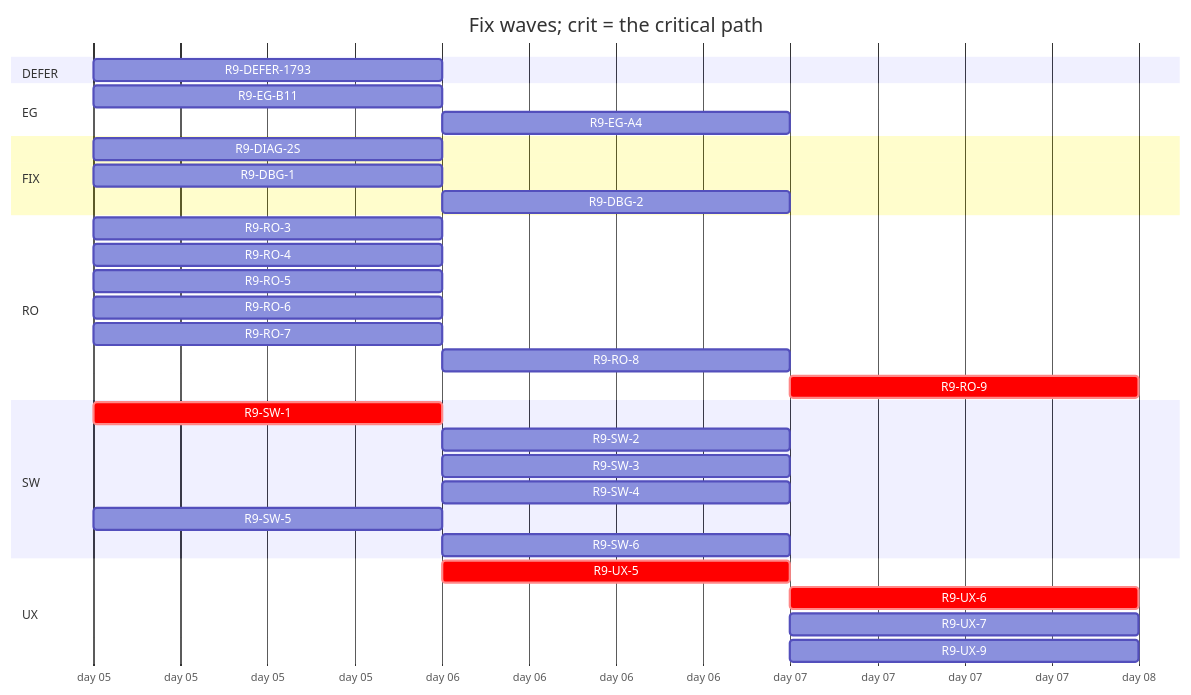
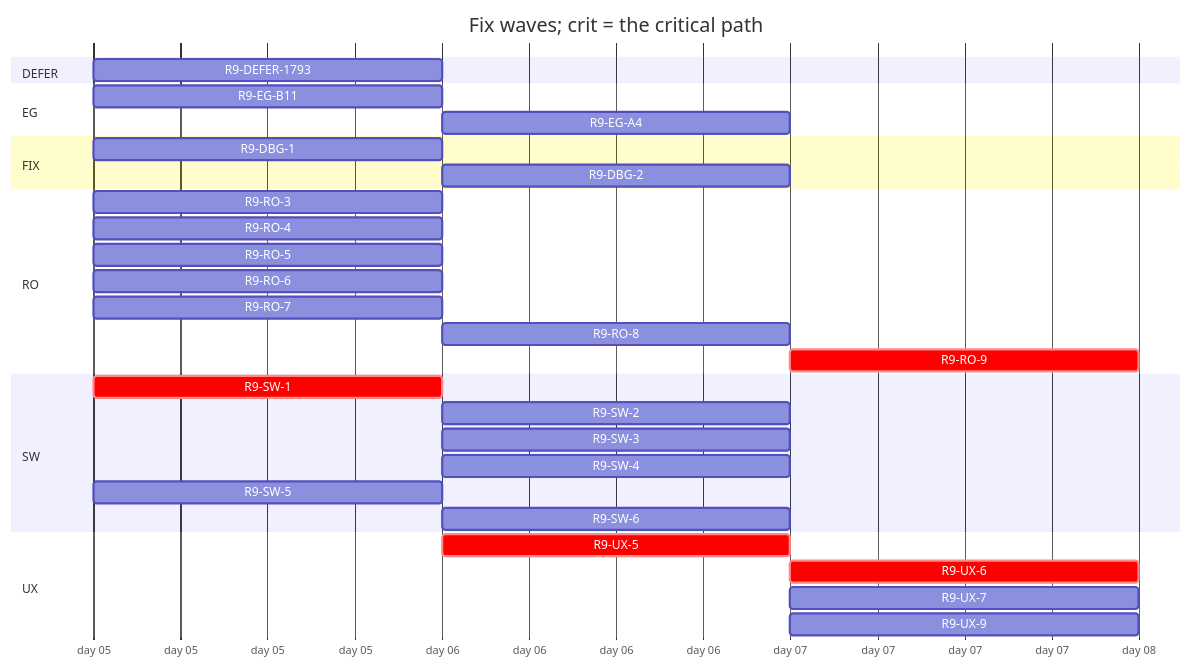
One commit to tvofi/heatpump_optimizer changed the diagram in handoff/round9/state/PLAN-TABLE.md. Above: the diagram before and after it, drawn with Mermaid. The commit also changed other lines of this file and 2 other files, not shown here.

````diff
--- a/handoff/round9/state/PLAN-TABLE.md
+++ b/handoff/round9/state/PLAN-TABLE.md
@@ -19,35 +19,34 @@
 ```mermaid
 gantt
   title Fix waves; crit = the critical path
   dateFormat YYYY-MM-DD
   axisFormat day %d
   section DEFER
     R9-DEFER-1793 :r9DEFER1793, 2026-01-05, 1d
   section EG
     R9-EG-B11 :r9EGB11, 2026-01-05, 1d
     R9-EG-A4 :r9EGA4, after r9EGB11, 1d
   section FIX
-    R9-DIAG-2S :r9DIAG2S, 2026-01-05, 1d
     R9-DBG-1 :r9DBG1, 2026-01-05, 1d
     R9-DBG-2 :r9DBG2, after r9DBG1, 1d
   section RO
     R9-RO-3 :r9RO3, 2026-01-05, 1d
     R9-RO-4 :r9RO4, 2026-01-05, 1d
     R9-RO-5 :r9RO5, 2026-01-05, 1d
     R9-RO-6 :r9RO6, 2026-01-05, 1d
     R9-RO-7 :r9RO7, 2026-01-05, 1d
     R9-RO-8 :r9RO8, after r9RO7, 1d
     R9-RO-9 :crit, r9RO9, after r9RO3 r9RO4 r9RO5 r9RO6 r9RO8 r9EGA4 r9SW4 r9UX5 r9UX6 r9UX7, 1d
   section SW
     R9-SW-1 :crit, r9SW1, 2026-01-05, 1d
     R9-SW-2 :r9SW2, after r9SW1, 1d
     R9-SW-3 :r9SW3, after r9SW1, 1d
     R9-SW-4 :r9SW4, after r9SW1, 1d
     R9-SW-5 :r9SW5, 2026-01-05, 1d
     R9-SW-6 :r9SW6, after r9SW1, 1d
   section UX
     R9-UX-5 :crit, r9UX5, after r9SW1, 1d
     R9-UX-6 :crit, r9UX6, after r9EGB11 r9UX5, 1d
     R9-UX-7 :r9UX7, after r9EGB11 r9UX5, 1d
     R9-UX-9 :r9UX9, after r9SW6, 1d
 ```
````
